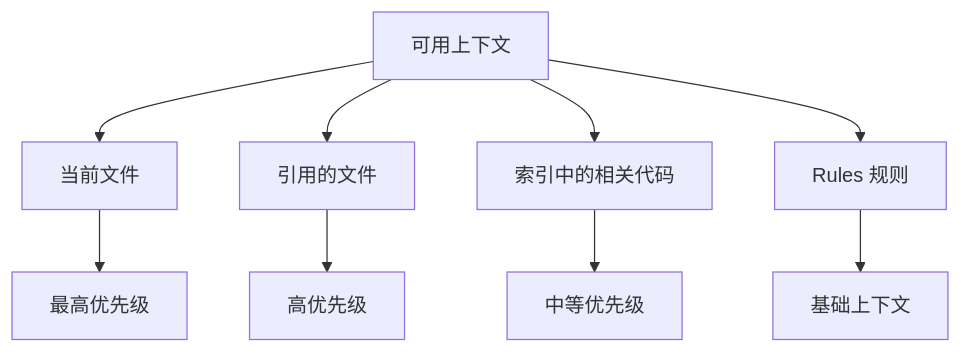
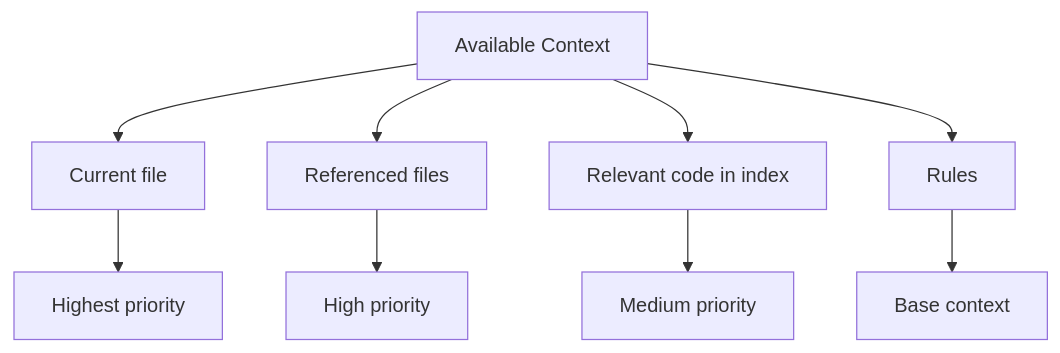
One commit to DDR187/cursor-howto changed the fifth of 6 diagrams in 03-codebase-indexing/README.md. Above: the diagram before and after it, drawn with Mermaid. The commit also changed other lines of this file and 22 other files, not shown here.

````diff
--- a/03-codebase-indexing/README.md
+++ b/03-codebase-indexing/README.md
@@ -93,12 +93,12 @@
 ```mermaid
 flowchart TB
-    A[可用上下文] --> B[当前文件]
-    A --> C[引用的文件]
-    A --> D[索引中的相关代码]
-    A --> E[Rules 规则]
+    A[Available Context] --> B[Current file]
+    A --> C[Referenced files]
+    A --> D[Relevant code in index]
+    A --> E[Rules]
     
-    B --> F[最高优先级]
-    C --> G[高优先级]
-    D --> H[中等优先级]
-    E --> I[基础上下文]
+    B --> F[Highest priority]
+    C --> G[High priority]
+    D --> H[Medium priority]
+    E --> I[Base context]
 ```
````
